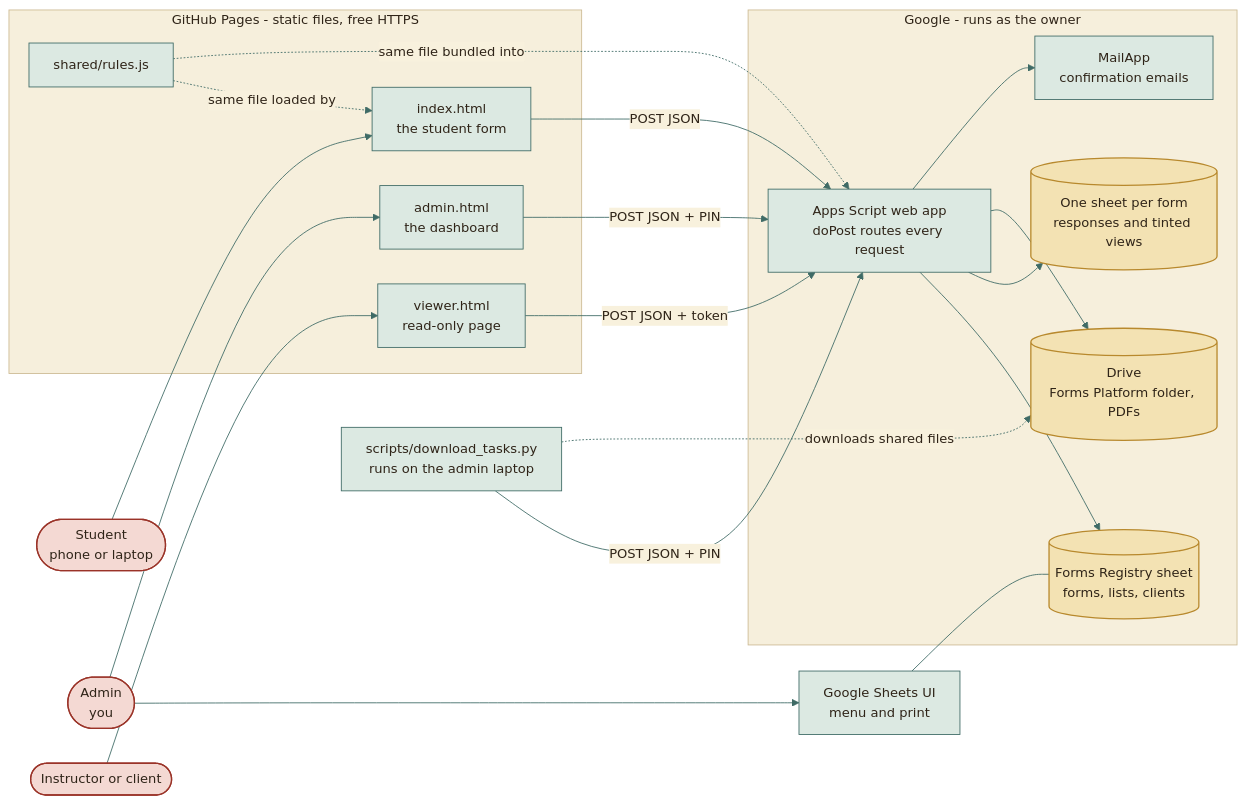
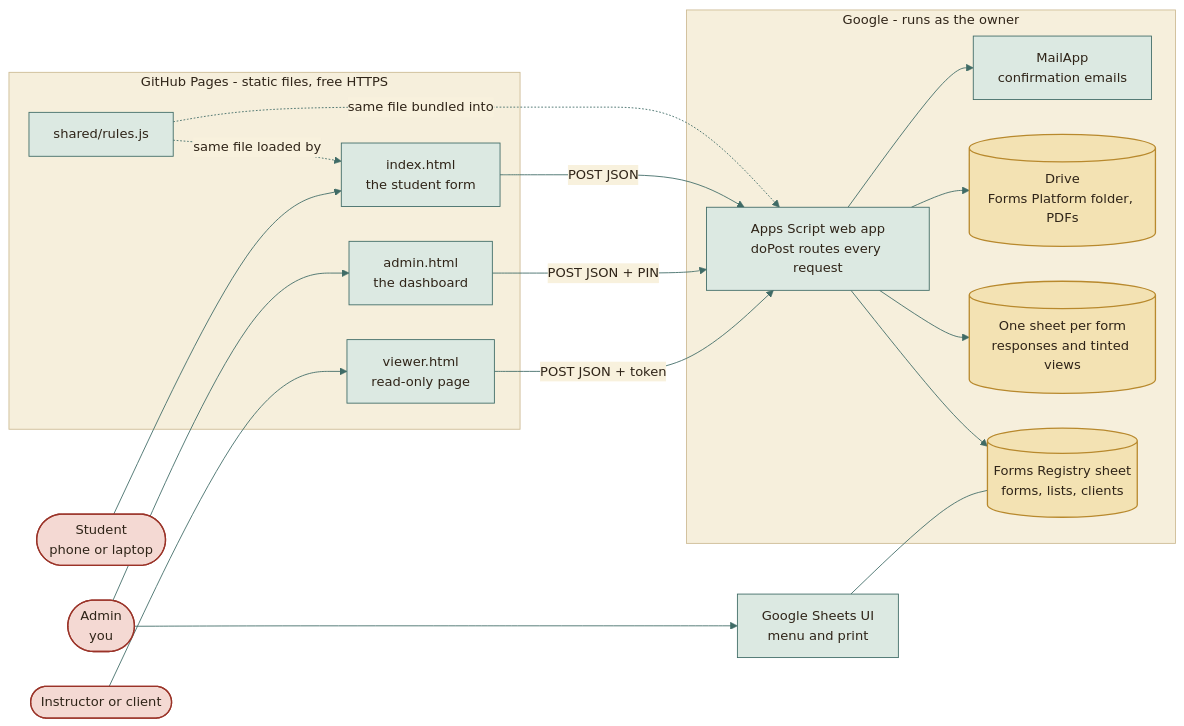
The first of 12 diagrams in docs/architecture/ARCHITECTURE.md (moyeh04/forms-platform), drawn with Mermaid before and after one commit. The commit also changed other lines of this file and 7 other files, not shown here.

````diff
--- a/docs/architecture/ARCHITECTURE.md
+++ b/docs/architecture/ARCHITECTURE.md
@@ -33,71 +33,68 @@
 ```mermaid
 %%{init: {
   'theme': 'base',
   'themeVariables': {
     'fontFamily': 'ui-sans-serif, system-ui, -apple-system, Segoe UI, Roboto, sans-serif',
     'fontSize': '15px',
     'primaryColor': '#DCE9E2', 'primaryBorderColor': '#3F6B66', 'primaryTextColor': '#2F2418',
     'secondaryColor': '#F0E4C8', 'secondaryBorderColor': '#C9A24A', 'secondaryTextColor': '#2F2418',
     'tertiaryColor': '#F6EFDC', 'tertiaryBorderColor': '#CDBB94', 'tertiaryTextColor': '#2F2418',
     'lineColor': '#3F6B66', 'textColor': '#2F2418', 'mainBkg': '#DCE9E2', 'nodeBorder': '#3F6B66',
     'clusterBkg': '#F6EFDC', 'clusterBorder': '#CDBB94', 'titleColor': '#2F2418',
     'edgeLabelBackground': '#F8F1DD',
     'actorBkg': '#DCE9E2', 'actorBorder': '#3F6B66', 'actorTextColor': '#2F2418', 'actorLineColor': '#8FB3AB',
     'signalColor': '#477A73', 'signalTextColor': '#477A73',
     'labelBoxBkgColor': '#F0E4C8', 'labelBoxBorderColor': '#C9A24A', 'labelTextColor': '#2F2418', 'loopTextColor': '#6A5A44',
     'noteBkgColor': '#FBEFC9', 'noteBorderColor': '#C9A24A', 'noteTextColor': '#2F2418',
     'activationBkgColor': '#DCE9E2', 'activationBorderColor': '#3F6B66', 'sequenceNumberColor': '#F8F1DD',
     'transitionColor': '#3F6B66', 'stateLabelColor': '#2F2418', 'stateBkg': '#DCE9E2', 'altBackground': '#F6EFDC',
     'attributeBackgroundColorOdd': '#F8F1DD', 'attributeBackgroundColorEven': '#F0E4C8'
   },
   'flowchart': {'curve': 'basis', 'padding': 14, 'nodeSpacing': 40, 'rankSpacing': 46},
   'sequence': {'mirrorActors': false, 'messageMargin': 34, 'boxMargin': 8}
 }}%%
 flowchart LR
     student(["Student<br/>phone or laptop"])
     admin(["Admin<br/>you"])
     teacher(["Instructor or client"])
 
     subgraph gh["GitHub Pages - static files, free HTTPS"]
         idx["index.html<br/>the student form"]
         adm["admin.html<br/>the dashboard"]
         vwr["viewer.html<br/>read-only page"]
         rules["shared/rules.js"]
     end
 
     subgraph google["Google - runs as the owner"]
         gas["Apps Script web app<br/>doPost routes every request"]
         reg[("Forms Registry sheet<br/>forms, lists, clients")]
         fs[("One sheet per form<br/>responses and tinted views")]
         drive[("Drive<br/>Forms Platform folder, PDFs")]
         mail["MailApp<br/>confirmation emails"]
     end
 
-    pyscript["scripts/download_tasks.py<br/>runs on the admin laptop"]
     sheetui["Google Sheets UI<br/>menu and print"]
 
     student --> idx
     admin --> adm
     teacher --> vwr
     idx -- "POST JSON" --> gas
     adm -- "POST JSON + PIN" --> gas
     vwr -- "POST JSON + token" --> gas
     gas --> reg
     gas --> fs
     gas --> drive
     gas --> mail
-    pyscript -- "POST JSON + PIN" --> gas
-    pyscript -. "downloads shared files" .-> drive
     admin --> sheetui
     sheetui --- reg
     rules -. "same file loaded by" .-> idx
     rules -. "same file bundled into" .-> gas
     classDef cDb fill:#F3E2B3,stroke:#B8892D,stroke-width:1.5px,color:#2F2418
     classDef cActor fill:#F4D9D3,stroke:#9A3328,stroke-width:1.5px,color:#2F2418
     classDef cDec fill:#FBEFC9,stroke:#C9A24A,stroke-width:1.5px,color:#2F2418
     classDef cEnd fill:#2F2418,stroke:#2F2418,color:#F8F1DD
     classDef cErr fill:#F6D5CF,stroke:#A12B1F,stroke-width:1.5px,color:#5A140C
     classDef cOk fill:#BFD9CF,stroke:#2E5A55,stroke-width:1.5px,color:#17302D
     class reg,fs,drive cDb
     class student,admin,teacher cActor
 ```
````
